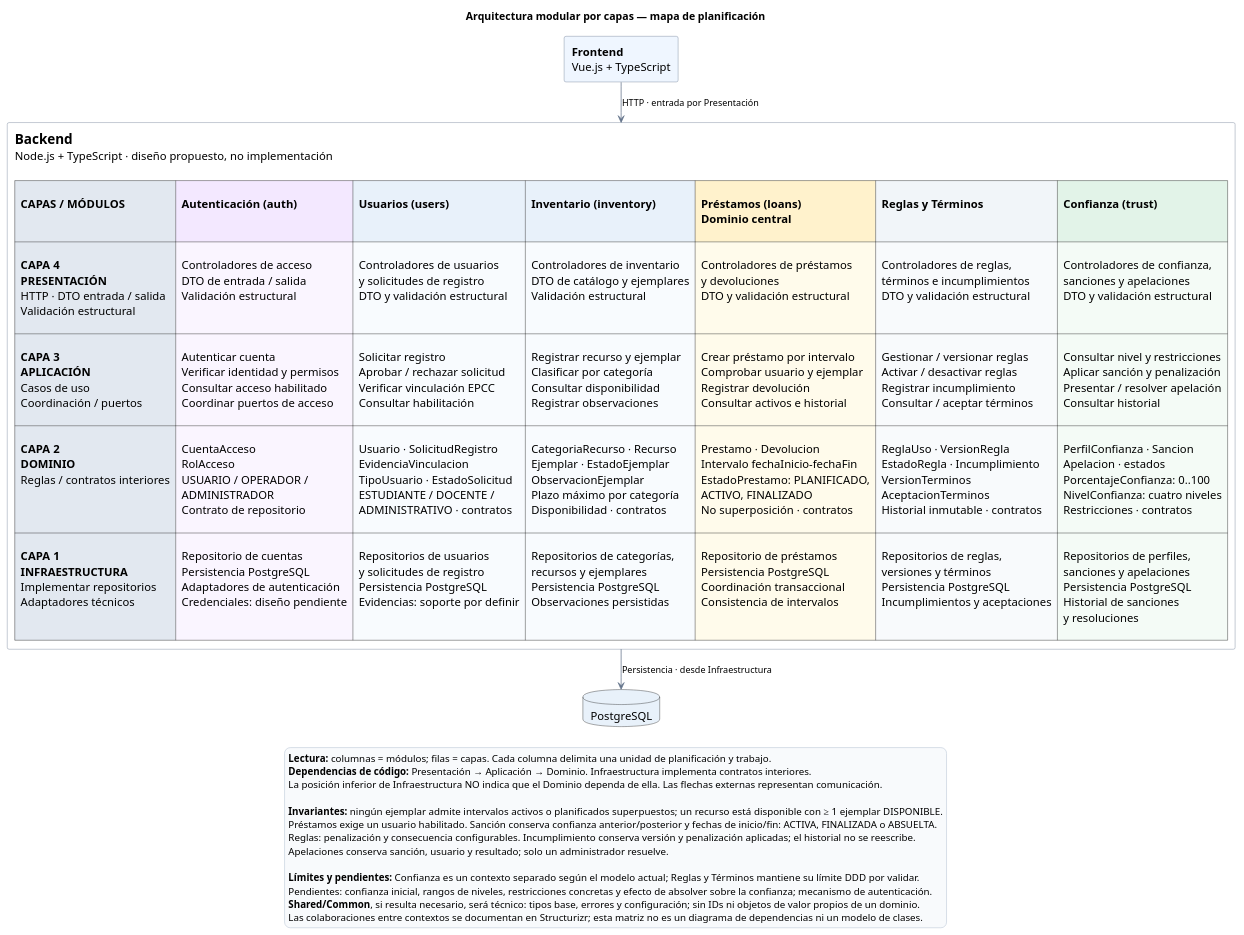
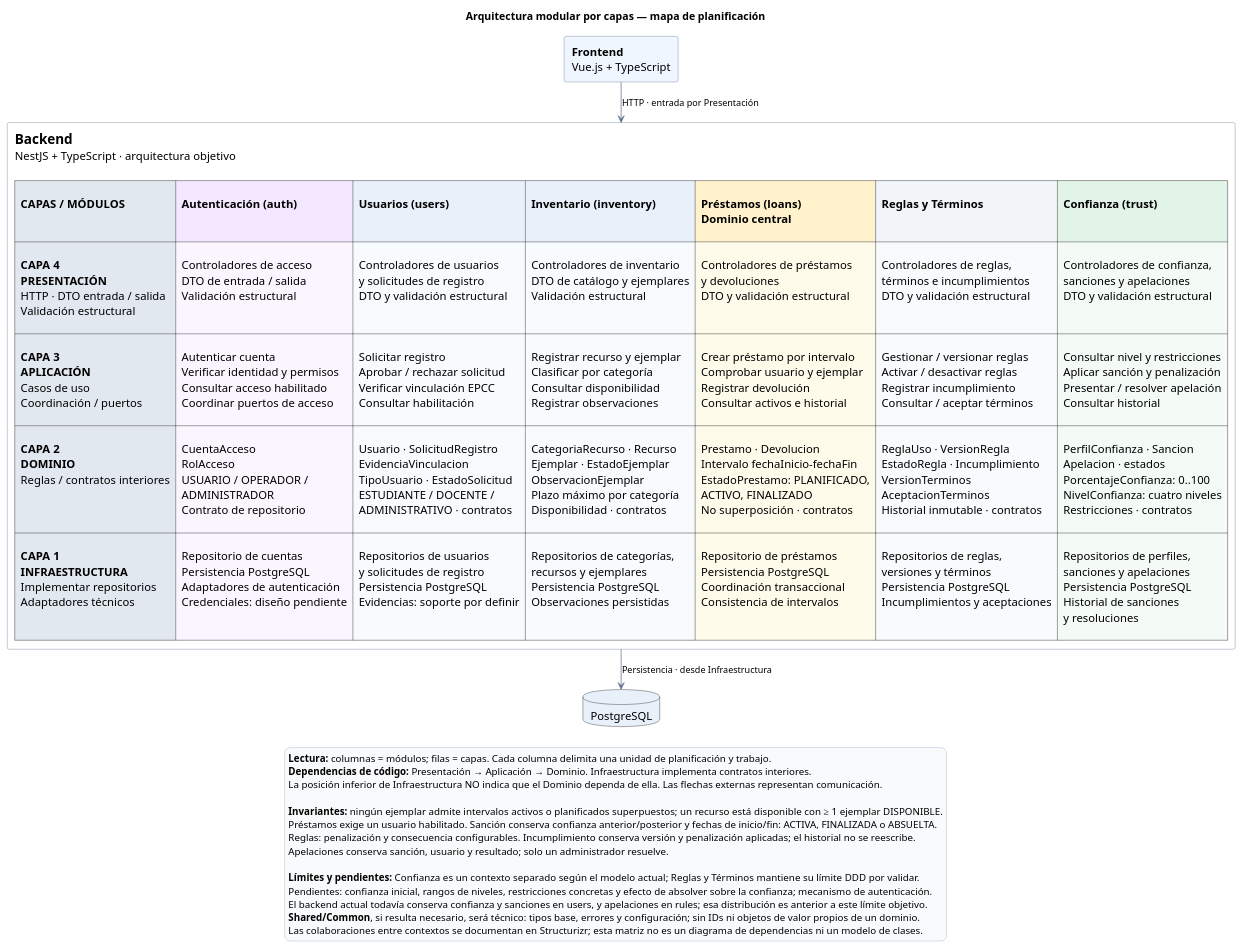
One commit to JPostigo48/sistema_gestion_biblioteca changed the diagram in docs/architecture/uml/arquitectura-modular.puml. Above: the diagram before and after it, drawn with PlantUML. The commit also changed 11 other files, not shown here.

```diff
--- a/docs/architecture/uml/arquitectura-modular.puml
+++ b/docs/architecture/uml/arquitectura-modular.puml
@@ -1,54 +1,55 @@
 @startuml ArquitecturaModular
 
 title Arquitectura modular por capas — mapa de planificación
 top to bottom direction
 
 skinparam backgroundColor #FFFFFF
 skinparam shadowing false
 skinparam defaultFontName SansSerif
 skinparam defaultFontSize 15
 skinparam rectangleBorderColor #64748B
 skinparam rectangleBackgroundColor #FFFFFF
 skinparam ArrowColor #64748B
 skinparam ArrowFontSize 12
 skinparam legendBackgroundColor #F8FAFC
 skinparam legendBorderColor #CBD5E1
 skinparam legendFontSize 13
 skinparam ranksep 35
 
 rectangle "**Frontend**\nVue.js + TypeScript" as Frontend #EFF6FF
 
 ' La tabla mantiene una geometría común: las relaciones no pueden desplazar sus celdas.
 rectangle Backend [
 <size:18><b>Backend</b></size>
-Node.js + TypeScript · diseño propuesto, no implementación
+NestJS + TypeScript · arquitectura objetivo
 
 |<#E2E8F0> \n  **CAPAS / MÓDULOS**  \n |<#F3E8FF> \n  **Autenticación (auth)**  \n |<#E8F1FA> \n  **Usuarios (users)**  \n |<#E8F1FA> \n  **Inventario (inventory)**  \n |<#FFF2CC> \n  **Préstamos (loans)**  \n  **Dominio central**  \n |<#F1F5F9> \n  **Reglas y Términos**  \n |<#E2F3E8> \n  **Confianza (trust)**  \n |
 |<#E2E8F0> \n  **CAPA 4**  \n  **PRESENTACIÓN**  \n  HTTP · DTO entrada / salida  \n  Validación estructural  \n |<#FAF5FF> \n  Controladores de acceso  \n  DTO de entrada / salida  \n  Validación estructural  \n |<#F8FBFE> \n  Controladores de usuarios  \n  y solicitudes de registro  \n  DTO y validación estructural  \n |<#F8FBFE> \n  Controladores de inventario  \n  DTO de catálogo y ejemplares  \n  Validación estructural  \n |<#FFFBEB> \n  Controladores de préstamos  \n  y devoluciones  \n  DTO y validación estructural  \n |<#F8FAFC> \n  Controladores de reglas,  \n  términos e incumplimientos  \n  DTO y validación estructural  \n |<#F4FBF6> \n  Controladores de confianza,  \n  sanciones y apelaciones  \n  DTO y validación estructural  \n |
 |<#E2E8F0> \n  **CAPA 3**  \n  **APLICACIÓN**  \n  Casos de uso  \n  Coordinación / puertos  \n |<#FAF5FF> \n  Autenticar cuenta  \n  Verificar identidad y permisos  \n  Consultar acceso habilitado  \n  Coordinar puertos de acceso  \n |<#F8FBFE> \n  Solicitar registro  \n  Aprobar / rechazar solicitud  \n  Verificar vinculación EPCC  \n  Consultar habilitación  \n |<#F8FBFE> \n  Registrar recurso y ejemplar  \n  Clasificar por categoría  \n  Consultar disponibilidad  \n  Registrar observaciones  \n |<#FFFBEB> \n  Crear préstamo por intervalo  \n  Comprobar usuario y ejemplar  \n  Registrar devolución  \n  Consultar activos e historial  \n |<#F8FAFC> \n  Gestionar / versionar reglas  \n  Activar / desactivar reglas  \n  Registrar incumplimiento  \n  Consultar / aceptar términos  \n |<#F4FBF6> \n  Consultar nivel y restricciones  \n  Aplicar sanción y penalización  \n  Presentar / resolver apelación  \n  Consultar historial  \n |
 |<#E2E8F0> \n  **CAPA 2**  \n  **DOMINIO**  \n  Reglas / contratos interiores  \n |<#FAF5FF> \n  CuentaAcceso  \n  RolAcceso  \n  USUARIO / OPERADOR /  \n  ADMINISTRADOR  \n  Contrato de repositorio  \n |<#F8FBFE> \n  Usuario · SolicitudRegistro  \n  EvidenciaVinculacion  \n  TipoUsuario · EstadoSolicitud  \n  ESTUDIANTE / DOCENTE /  \n  ADMINISTRATIVO · contratos  \n |<#F8FBFE> \n  CategoriaRecurso · Recurso  \n  Ejemplar · EstadoEjemplar  \n  ObservacionEjemplar  \n  Plazo máximo por categoría  \n  Disponibilidad · contratos  \n |<#FFFBEB> \n  Prestamo · Devolucion  \n  Intervalo fechaInicio–fechaFin  \n  EstadoPrestamo: PLANIFICADO,  \n  ACTIVO, FINALIZADO  \n  No superposición · contratos  \n |<#F8FAFC> \n  ReglaUso · VersionRegla  \n  EstadoRegla · Incumplimiento  \n  VersionTerminos  \n  AceptacionTerminos  \n  Historial inmutable · contratos  \n |<#F4FBF6> \n  PerfilConfianza · Sancion  \n  Apelacion · estados  \n  PorcentajeConfianza: 0..100  \n  NivelConfianza: cuatro niveles  \n  Restricciones · contratos  \n |
 |<#E2E8F0> \n  **CAPA 1**  \n  **INFRAESTRUCTURA**  \n  Implementar repositorios  \n  Adaptadores técnicos  \n |<#FAF5FF> \n  Repositorio de cuentas  \n  Persistencia PostgreSQL  \n  Adaptadores de autenticación  \n  Credenciales: diseño pendiente  \n |<#F8FBFE> \n  Repositorios de usuarios  \n  y solicitudes de registro  \n  Persistencia PostgreSQL  \n  Evidencias: soporte por definir  \n |<#F8FBFE> \n  Repositorios de categorías,  \n  recursos y ejemplares  \n  Persistencia PostgreSQL  \n  Observaciones persistidas  \n |<#FFFBEB> \n  Repositorio de préstamos  \n  Persistencia PostgreSQL  \n  Coordinación transaccional  \n  Consistencia de intervalos  \n |<#F8FAFC> \n  Repositorios de reglas,  \n  versiones y términos  \n  Persistencia PostgreSQL  \n  Incumplimientos y aceptaciones  \n |<#F4FBF6> \n  Repositorios de perfiles,  \n  sanciones y apelaciones  \n  Persistencia PostgreSQL  \n  Historial de sanciones  \n  y resoluciones  \n |
 ]
 
 database "PostgreSQL" as PostgreSQL #E8F1FA
 
 Frontend -down-> Backend : HTTP · entrada por Presentación
 Backend -down-> PostgreSQL : Persistencia · desde Infraestructura
 
 legend bottom
 **Lectura:** columnas = módulos; filas = capas. Cada columna delimita una unidad de planificación y trabajo.
 **Dependencias de código:** Presentación → Aplicación → Dominio. Infraestructura implementa contratos interiores.
 La posición inferior de Infraestructura NO indica que el Dominio dependa de ella. Las flechas externas representan comunicación.
 
 **Invariantes:** ningún ejemplar admite intervalos activos o planificados superpuestos; un recurso está disponible con ≥ 1 ejemplar DISPONIBLE.
 Préstamos exige un usuario habilitado. Sanción conserva confianza anterior/posterior y fechas de inicio/fin: ACTIVA, FINALIZADA o ABSUELTA.
 Reglas: penalización y consecuencia configurables. Incumplimiento conserva versión y penalización aplicadas; el historial no se reescribe.
 Apelaciones conserva sanción, usuario y resultado; solo un administrador resuelve.
 
 **Límites y pendientes:** Confianza es un contexto separado según el modelo actual; Reglas y Términos mantiene su límite DDD por validar.
 Pendientes: confianza inicial, rangos de niveles, restricciones concretas y efecto de absolver sobre la confianza; mecanismo de autenticación.
+El backend actual todavía conserva confianza y sanciones en users, y apelaciones en rules; esa distribución es anterior a este límite objetivo.
 **Shared/Common**, si resulta necesario, será técnico: tipos base, errores y configuración; sin IDs ni objetos de valor propios de un dominio.
 Las colaboraciones entre contextos se documentan en Structurizr; esta matriz no es un diagrama de dependencias ni un modelo de clases.
 endlegend
 
 @enduml
```
